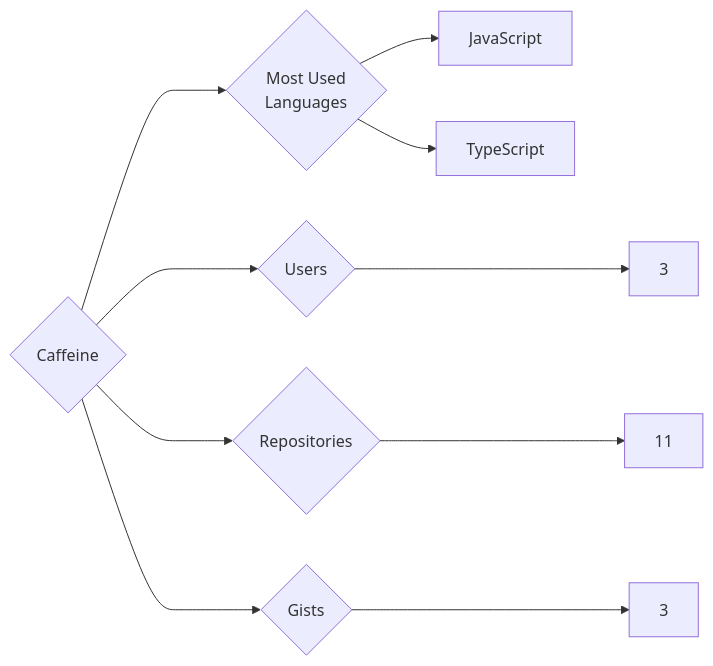
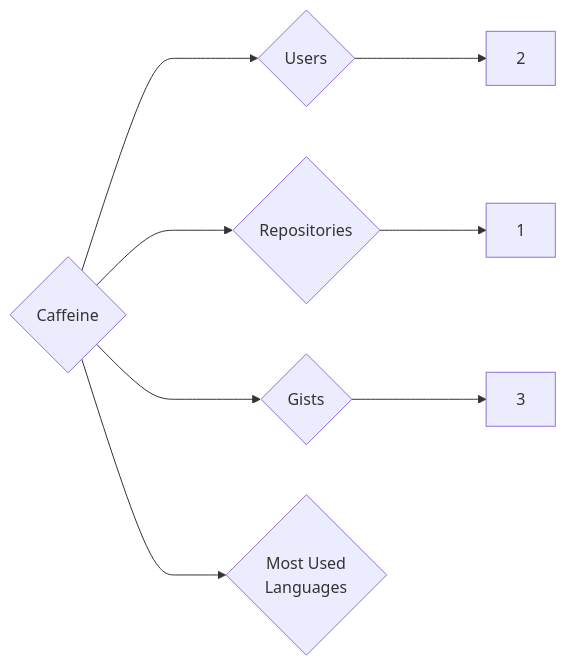
One commit to trickest/insiders changed the diagram in targets/Caffeine/README.md. Above: the diagram before and after it, drawn with Mermaid. The commit also changed 934 other files, not shown here.

````diff
--- a/targets/Caffeine/README.md
+++ b/targets/Caffeine/README.md
@@ -3,10 +3,8 @@
 ```mermaid
 graph LR
 COMPANY_NAME{Caffeine}
-COMPANY_NAME ---> U{Users} ---> UN[3]
-COMPANY_NAME ---> R{Repositories} ---> RN[11]
+COMPANY_NAME ---> U{Users} ---> UN[2]
+COMPANY_NAME ---> R{Repositories} ---> RN[1]
 COMPANY_NAME ---> G{Gists} ---> GN[3]
 COMPANY_NAME ---> ML{Most Used<br>Languages}
-ML --> JavaScript[JavaScript]
-ML --> TypeScript[TypeScript]
 ```
````
